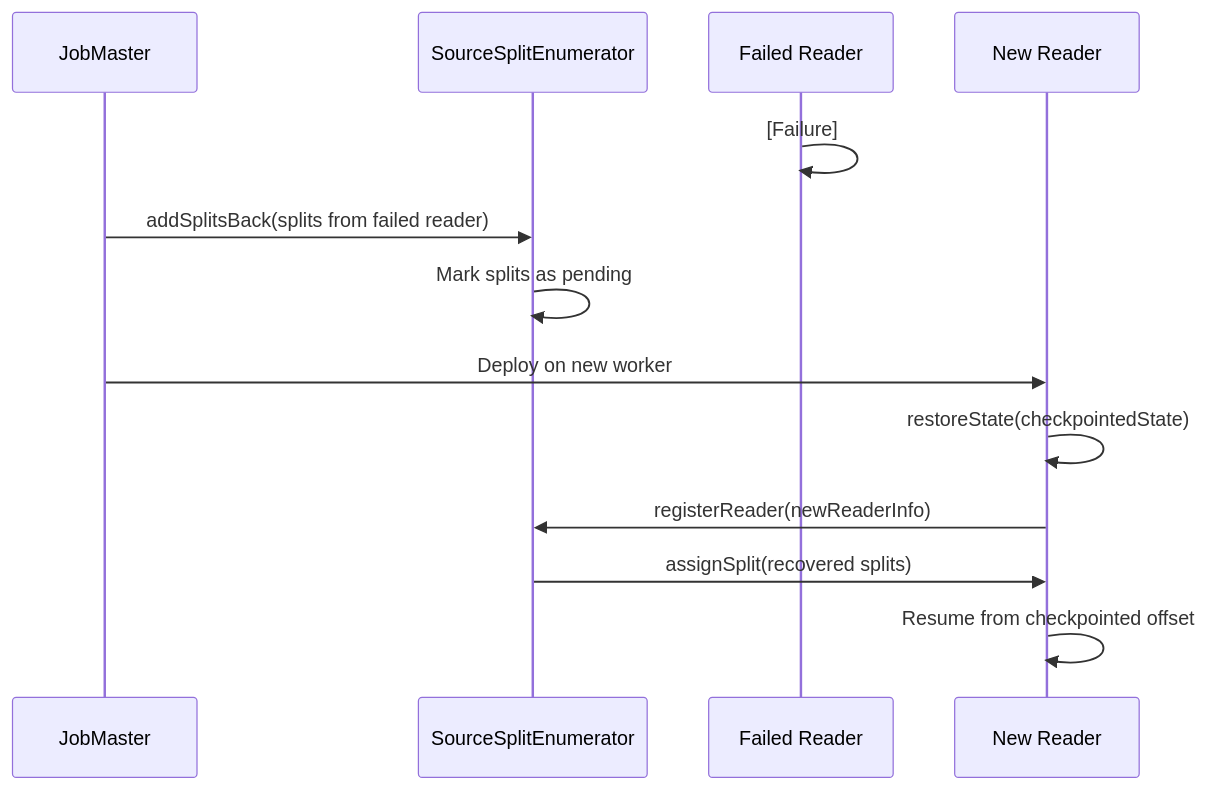
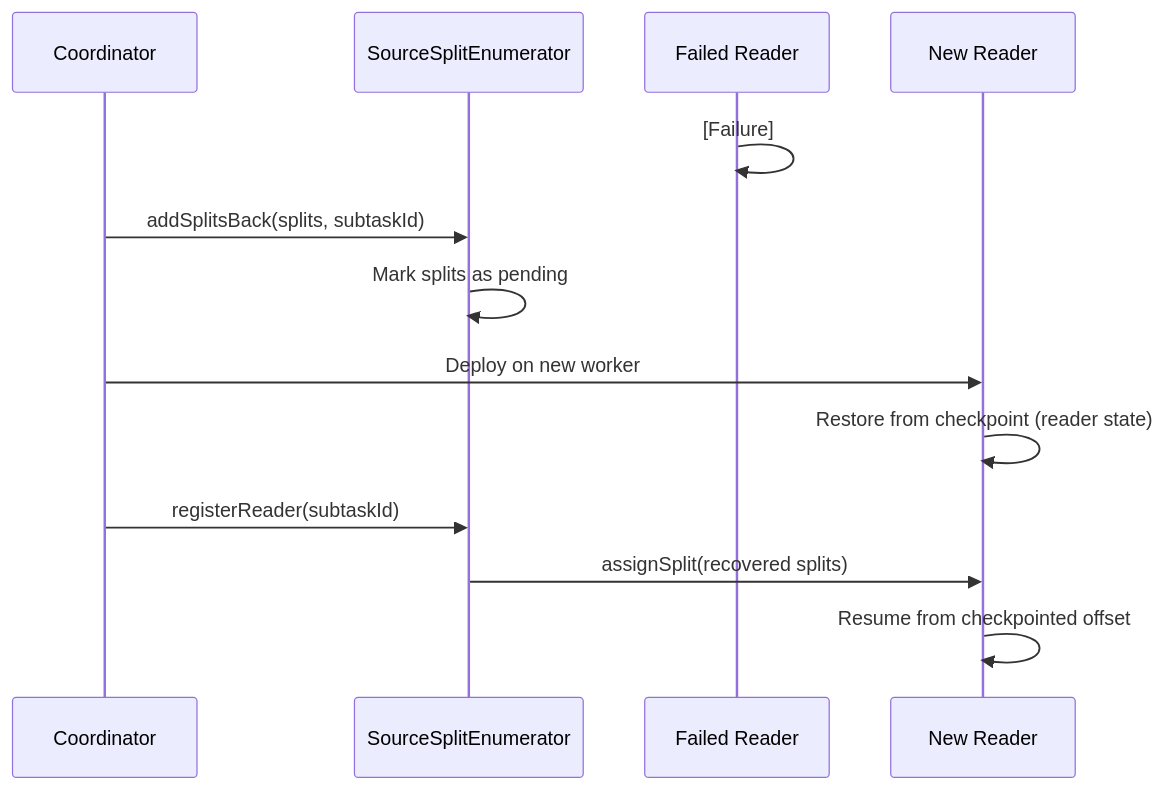
One commit to apache/seatunnel changed the third of 3 diagrams in docs/en/architecture/api-design/source-architecture.md. Above: the diagram before and after it, drawn with Mermaid. The commit also changed other lines of this file and 12 other files, not shown here.

Commit message:
docs: align EN architecture docs with Zeta implementation

````diff
--- a/docs/en/architecture/api-design/source-architecture.md
+++ b/docs/en/architecture/api-design/source-architecture.md
@@ -222,18 +236,18 @@
 ```mermaid
 sequenceDiagram
-    participant JM as JobMaster
+    participant Coord as Coordinator
     participant Enum as SourceSplitEnumerator
     participant OldReader as Failed Reader
     participant NewReader as New Reader
 
     OldReader->>OldReader: [Failure]
-    JM->>Enum: addSplitsBack(splits from failed reader)
+    Coord->>Enum: addSplitsBack(splits, subtaskId)
     Enum->>Enum: Mark splits as pending
 
-    JM->>NewReader: Deploy on new worker
-    NewReader->>NewReader: restoreState(checkpointedState)
-    NewReader->>Enum: registerReader(newReaderInfo)
+    Coord->>NewReader: Deploy on new worker
+    NewReader->>NewReader: Restore from checkpoint (reader state)
+    Coord->>Enum: registerReader(subtaskId)
 
     Enum->>NewReader: assignSplit(recovered splits)
     NewReader->>NewReader: Resume from checkpointed offset
 ```
````
